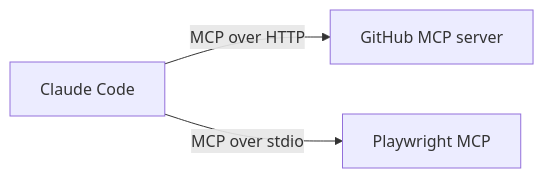
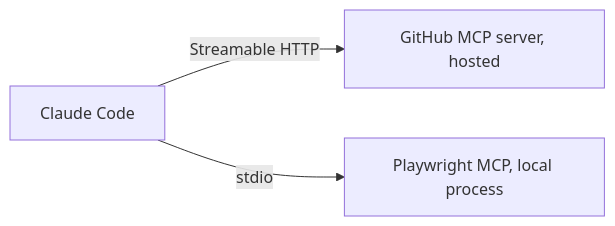
The diagram in content-long/guides/add-mcp-servers-to-claude-code.md (Drudley/indexagentica), drawn with Mermaid before and after one commit. The commit also changed other lines of this file and 22 other files, not shown here.

````diff
--- a/content-long/guides/add-mcp-servers-to-claude-code.md
+++ b/content-long/guides/add-mcp-servers-to-claude-code.md
@@ -27,5 +33,5 @@
 ```mermaid
 flowchart LR
-  CC[Claude Code] -- MCP over HTTP --> GH[GitHub MCP server]
-  CC -- MCP over stdio --> PW[Playwright MCP]
+  CC[Claude Code] -- Streamable HTTP --> GH[GitHub MCP server, hosted]
+  CC -- stdio --> PW[Playwright MCP, local process]
 ```
````
